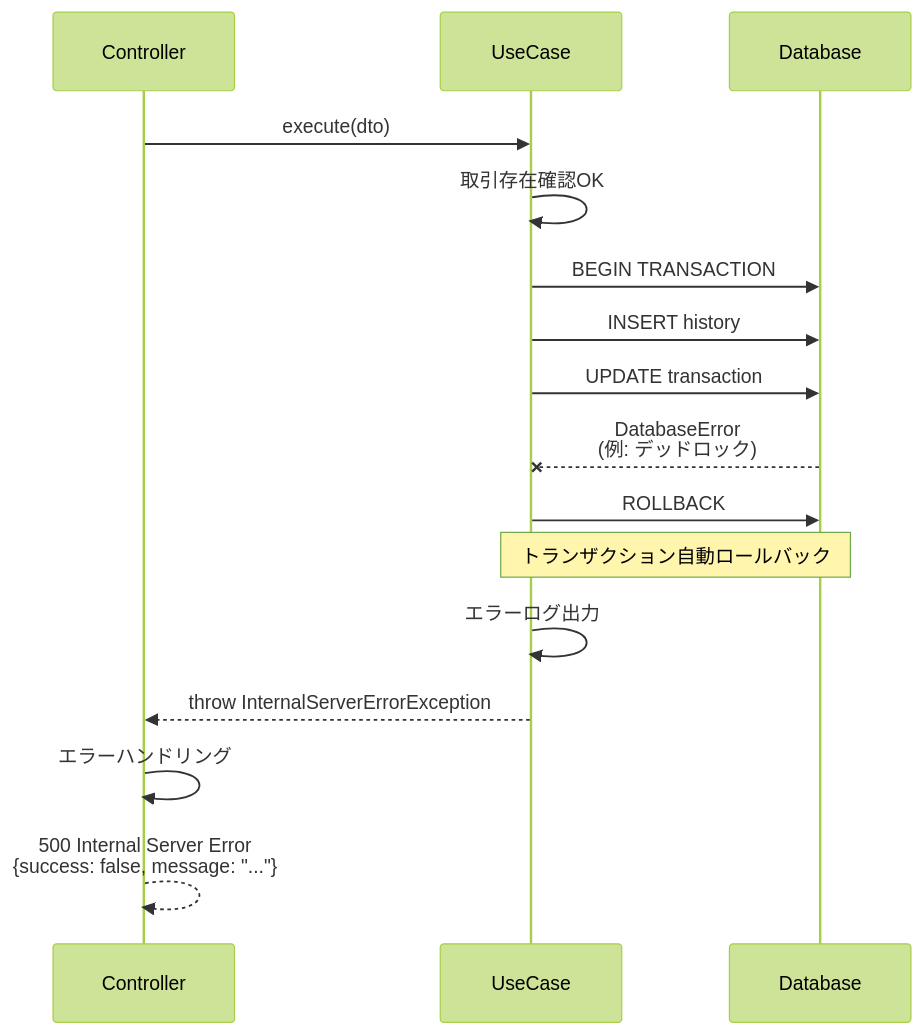
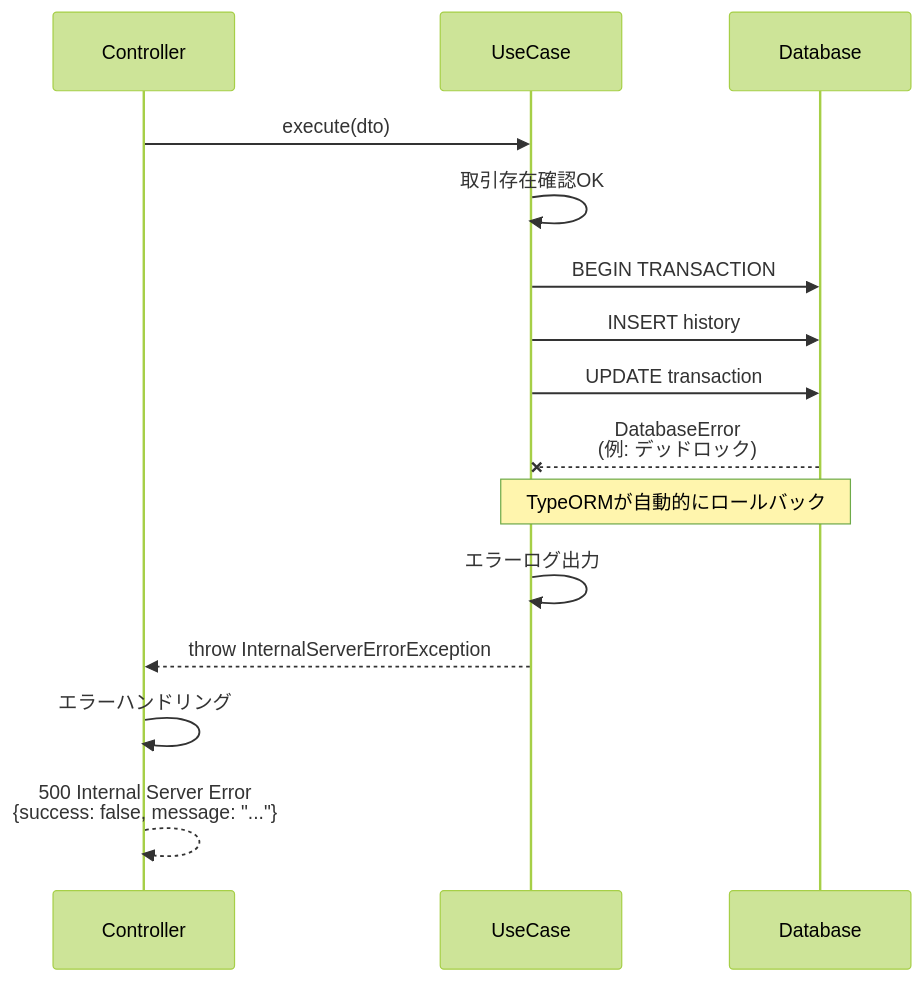
One commit to kencom2400/account-book changed the fourth of 10 diagrams in docs/detailed-design/FR-010_manual-category-edit/sequence-diagrams.md. Above: the diagram before and after it, drawn with Mermaid (forest theme). The commit also changed other lines of this file and 3 other files, not shown here.

````diff
--- a/docs/detailed-design/FR-010_manual-category-edit/sequence-diagrams.md
+++ b/docs/detailed-design/FR-010_manual-category-edit/sequence-diagrams.md
@@ -192,22 +192,21 @@
 ```mermaid
 sequenceDiagram
     participant API as Controller
     participant UC as UseCase
     participant DB as Database
 
     API->>UC: execute(dto)
     UC->>UC: 取引存在確認OK
     UC->>DB: BEGIN TRANSACTION
     UC->>DB: INSERT history
     UC->>DB: UPDATE transaction
     DB--xUC: DatabaseError<br/>(例: デッドロック)
 
-    UC->>DB: ROLLBACK
-    Note over UC,DB: トランザクション自動ロールバック
+    Note over UC,DB: TypeORMが自動的にロールバック
 
     UC->>UC: エラーログ出力
     UC-->>API: throw InternalServerErrorException
 
     API->>API: エラーハンドリング
     API-->>API: 500 Internal Server Error<br/>{success: false, message: "..."}
 ```
````
